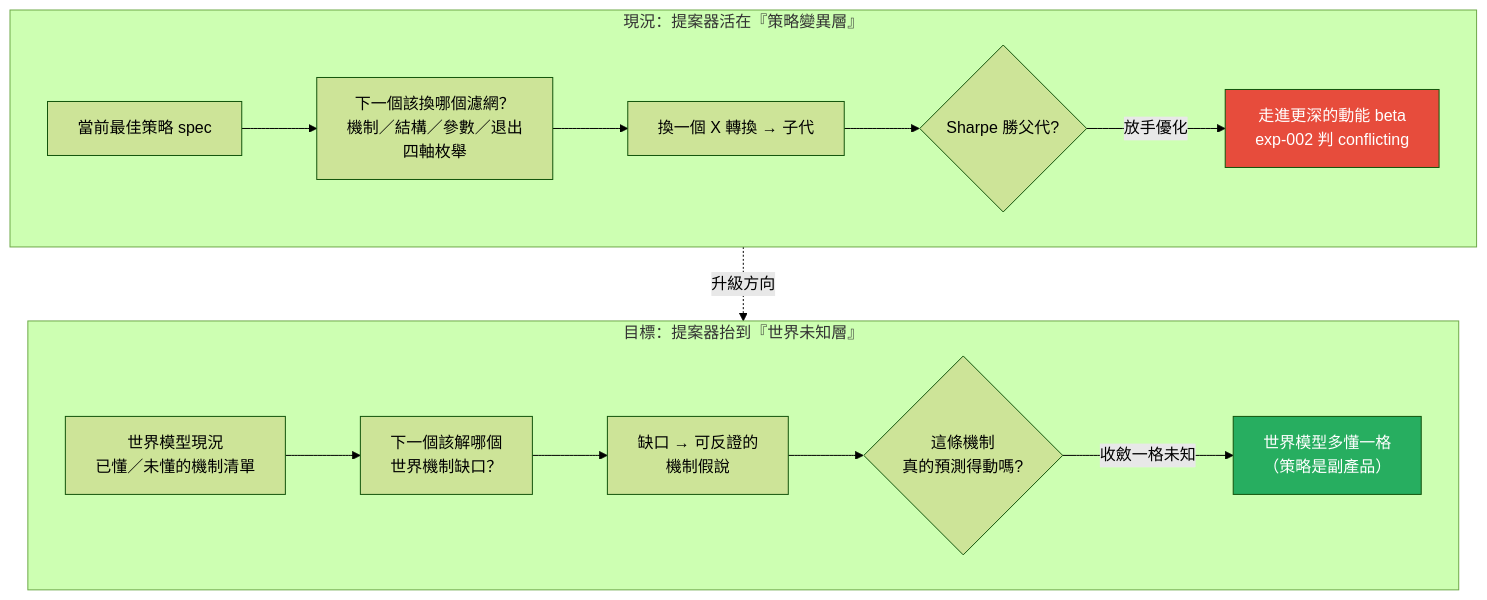
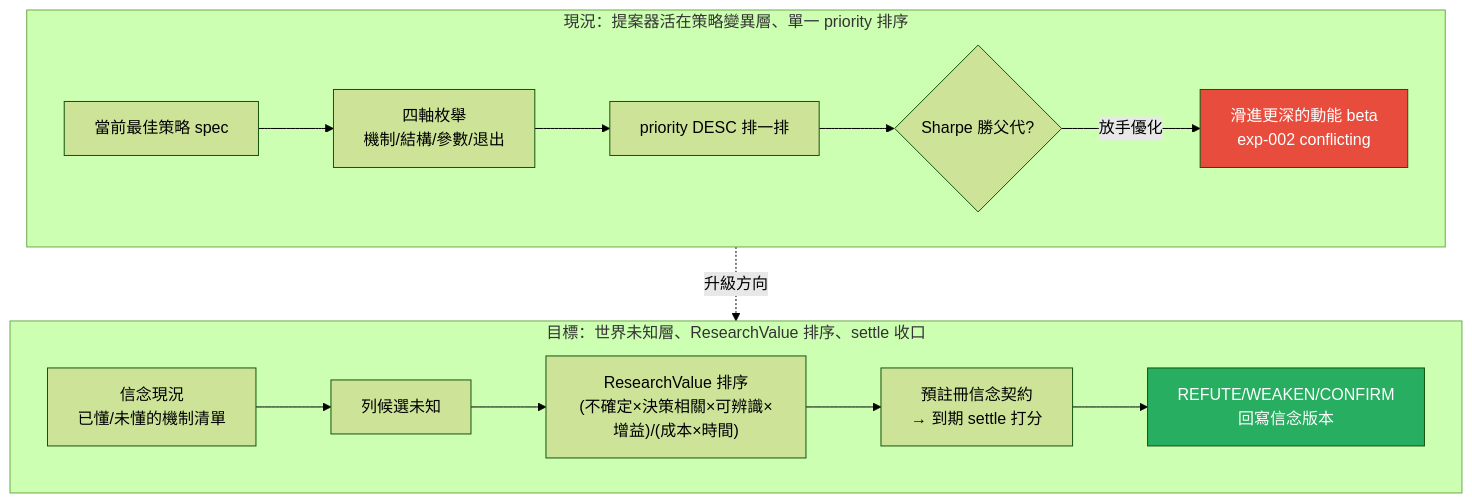
Before and after one commit to Baboonbrother/alpha-evolution-wiki: the second of 2 diagrams in hypothesis-engine.md, drawn with Mermaid (forest theme). The commit also changed other lines of this file and 30 other files, not shown here.

Commit message:
exp-004 真信念契約(MIEE已對帳,B-H-003被真證據REFUTE)+內化owner四點:W/O/B/P分離、三迴圈、ResearchValue、exp-002降級

````diff
--- a/hypothesis-engine.md
+++ b/hypothesis-engine.md
@@ -76,20 +104,20 @@
 ```mermaid
 flowchart TB
-    subgraph NOW["現況：提案器活在『策略變異層』"]
+    subgraph NOW["現況：提案器活在策略變異層、單一 priority 排序"]
       direction LR
-      N1["當前最佳策略 spec"] --> N2["下一個該換哪個濾網？<br/>機制／結構／參數／退出<br/>四軸枚舉"]
-      N2 --> N3["換一個 X 轉換 → 子代"]
+      N1["當前最佳策略 spec"] --> N2["四軸枚舉<br/>機制/結構/參數/退出"]
+      N2 --> N3["priority DESC 排一排"]
       N3 --> N4{"Sharpe 勝父代?"}
-      N4 -->|放手優化| N5["走進更深的動能 beta<br/>exp-002 判 conflicting"]
+      N4 -->|放手優化| N5["滑進更深的動能 beta<br/>exp-002 conflicting"]
     end
-    subgraph TARGET["目標：提案器抬到『世界未知層』"]
+    subgraph TARGET["目標：世界未知層、ResearchValue 排序、settle 收口"]
       direction LR
-      T1["世界模型現況<br/>已懂／未懂的機制清單"] --> T2["下一個該解哪個<br/>世界機制缺口？"]
-      T2 --> T3["缺口 → 可反證的<br/>機制假說"]
-      T3 --> T4{"這條機制<br/>真的預測得動嗎?"}
-      T4 -->|收斂一格未知| T5["世界模型多懂一格<br/>（策略是副產品）"]
+      T1["信念現況<br/>已懂/未懂的機制清單"] --> T2["列候選未知"]
+      T2 --> T3["ResearchValue 排序<br/>(不確定×決策相關×可辨識×增益)/(成本×時間)"]
+      T3 --> T4["預註冊信念契約<br/>→ 到期 settle 打分"]
+      T4 --> T5["REFUTE/WEAKEN/CONFIRM<br/>回寫信念版本"]
     end
     NOW -.升級方向.-> TARGET
     style N5 fill:#e74c3c,color:#fff
     style T5 fill:#27ae60,color:#fff
 ```
````
